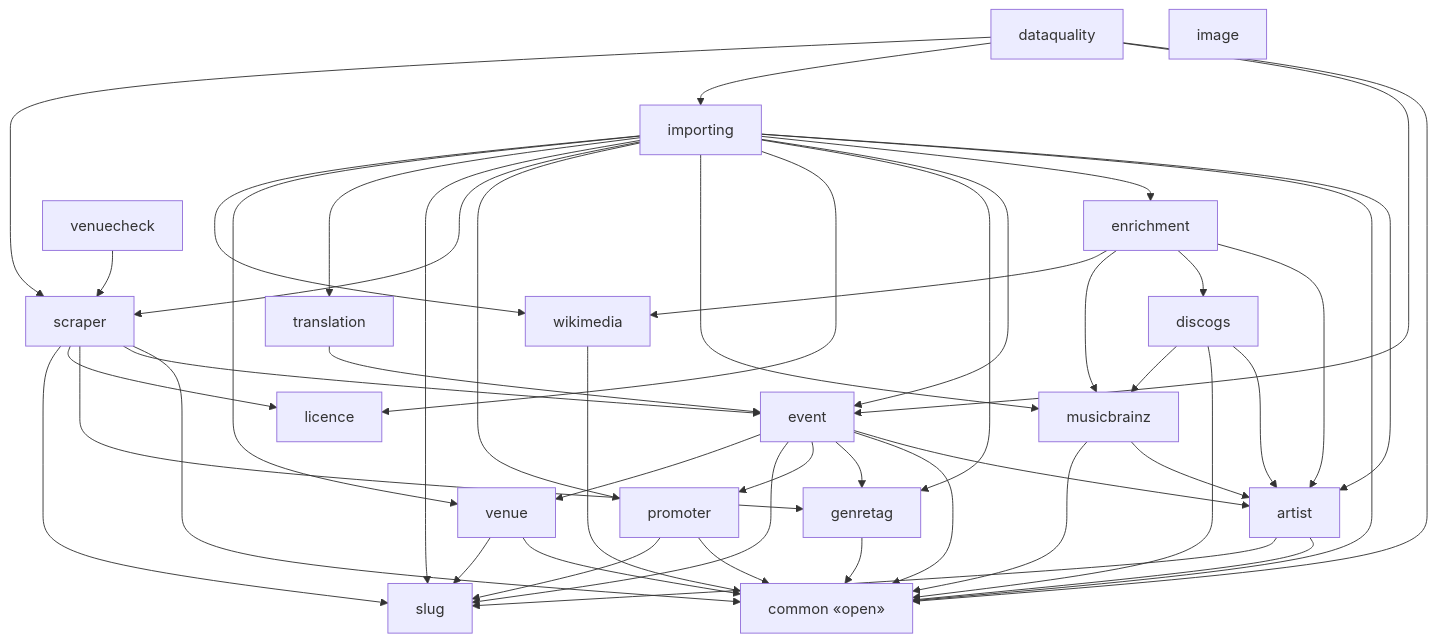
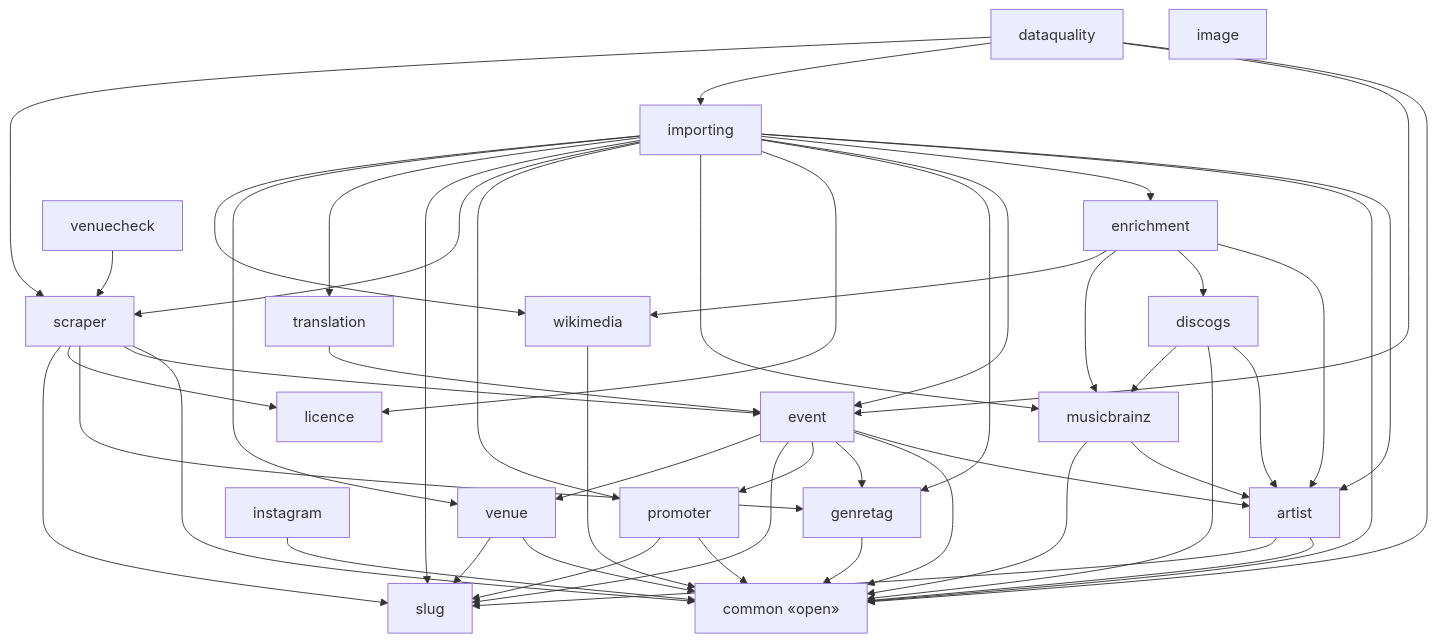
One commit to enorm-labs/event-junkie changed the diagram in docs/architecture/modules-events-importer.md. Above: the diagram before and after it, drawn with Mermaid. The commit also changed 27 other files, not shown here.

````diff
--- a/docs/architecture/modules-events-importer.md
+++ b/docs/architecture/modules-events-importer.md
@@ -9,69 +9,71 @@
 ```mermaid
 flowchart TD
     artist["artist"]
     common["common «open»"]
     dataquality["dataquality"]
     discogs["discogs"]
     enrichment["enrichment"]
     event["event"]
     genretag["genretag"]
     image["image"]
     importing["importing"]
+    instagram["instagram"]
     licence["licence"]
     musicbrainz["musicbrainz"]
     promoter["promoter"]
     scraper["scraper"]
     slug["slug"]
     translation["translation"]
     venue["venue"]
     venuecheck["venuecheck"]
     wikimedia["wikimedia"]
 
     artist --> common
     artist --> slug
     dataquality --> common
     dataquality --> event
     dataquality --> importing
     dataquality --> scraper
     discogs --> artist
     discogs --> common
     discogs --> musicbrainz
     enrichment --> artist
     enrichment --> discogs
     enrichment --> musicbrainz
     enrichment --> wikimedia
     event --> artist
     event --> common
     event --> genretag
     event --> promoter
     event --> slug
     event --> venue
     genretag --> common
     importing --> artist
     importing --> common
     importing --> enrichment
     importing --> event
     importing --> genretag
     importing --> licence
     importing --> musicbrainz
     importing --> promoter
     importing --> scraper
     importing --> slug
     importing --> translation
     importing --> venue
     importing --> wikimedia
+    instagram --> common
     musicbrainz --> artist
     musicbrainz --> common
     promoter --> common
     promoter --> slug
     scraper --> common
     scraper --> event
     scraper --> genretag
     scraper --> licence
     scraper --> slug
     translation --> event
     venue --> common
     venue --> slug
     venuecheck --> scraper
     wikimedia --> common
 ```
````
